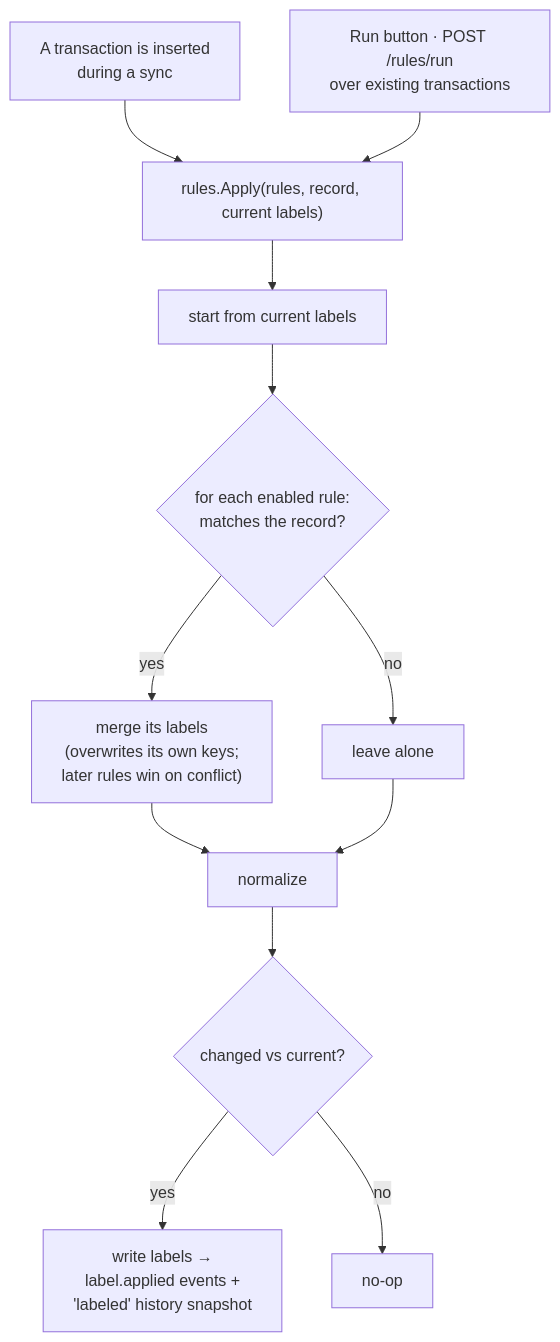
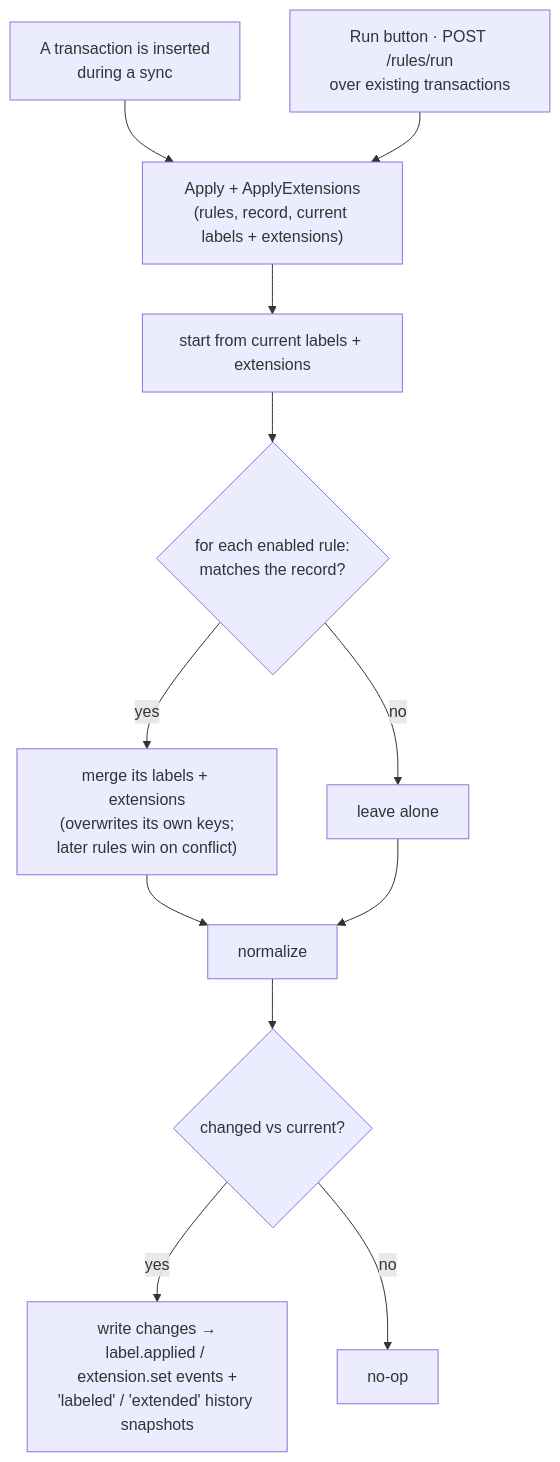
Before and after one commit to paulmeier/kasas: the diagram in docs/features/rules.md, drawn with Mermaid. The commit also changed other lines of this file and 24 other files, not shown here.

Commit message:
feat: let rules apply schema extensions, not just labels (#72)

````diff
--- a/docs/features/rules.md
+++ b/docs/features/rules.md
@@ -30,16 +38,16 @@
 ```mermaid
 flowchart TD
     SYNC["A transaction is inserted<br/>during a sync"] --> APPLY
     RUN["Run button · POST /rules/run<br/>over existing transactions"] --> APPLY
 
-    APPLY["rules.Apply(rules, record, current labels)"]
-    APPLY --> CLONE[start from current labels]
+    APPLY["Apply + ApplyExtensions<br/>(rules, record, current labels + extensions)"]
+    APPLY --> CLONE[start from current labels + extensions]
     CLONE --> EACH{for each enabled rule:<br/>matches the record?}
-    EACH -->|yes| MERGE["merge its labels<br/>(overwrites its own keys;<br/>later rules win on conflict)"]
+    EACH -->|yes| MERGE["merge its labels + extensions<br/>(overwrites its own keys;<br/>later rules win on conflict)"]
     EACH -->|no| NEXT[leave alone]
     MERGE --> NORM[normalize]
     NEXT --> NORM
     NORM --> CHG{changed vs current?}
-    CHG -->|yes| WRITE["write labels →<br/>label.applied events +<br/>'labeled' history snapshot"]
+    CHG -->|yes| WRITE["write changes →<br/>label.applied / extension.set events +<br/>'labeled' / 'extended' history snapshots"]
     CHG -->|no| NOOP[no-op]
 ```
````
